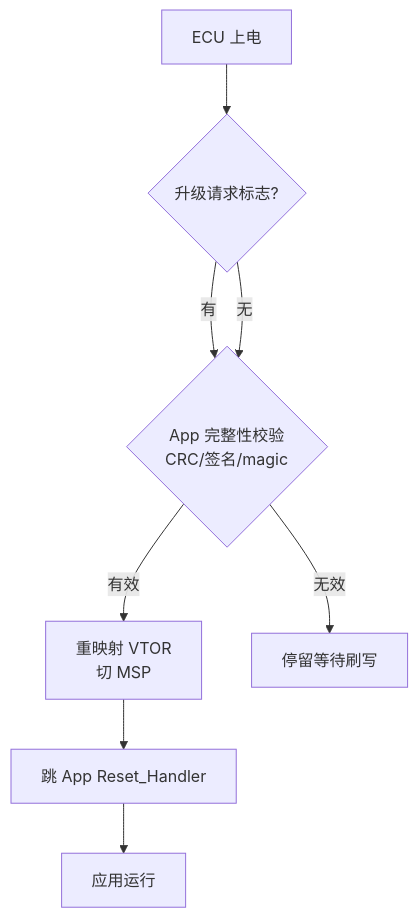
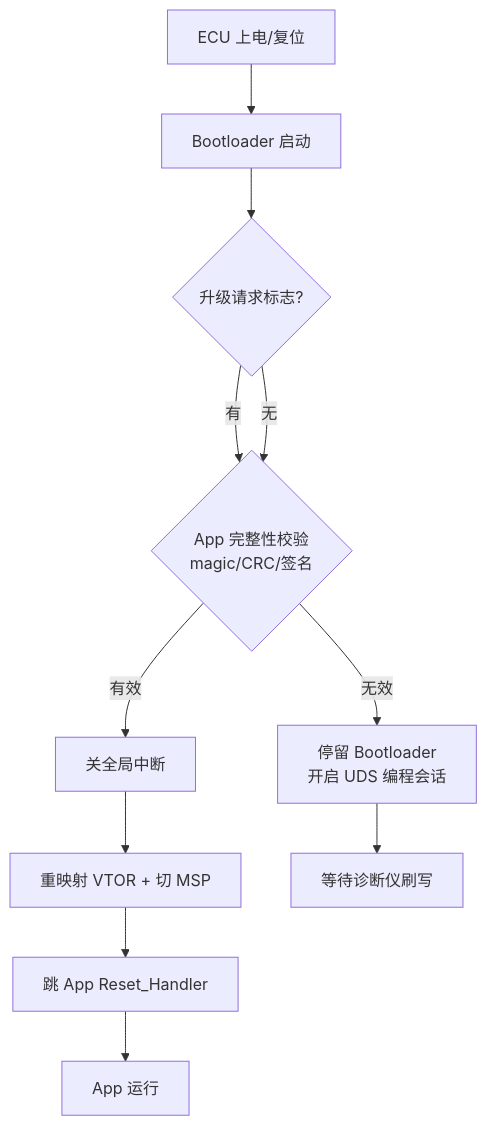
The tenth of 13 diagrams in articles/11-diag-uds-bootloader.md (1208826038/embedded-skill-notes), drawn with Mermaid before and after one commit. The commit also changed other lines of this file, not shown here.

````diff
--- a/articles/11-diag-uds-bootloader.md
+++ b/articles/11-diag-uds-bootloader.md
@@ -63,10 +854,13 @@
 ```mermaid
 flowchart TD
-    A[ECU 上电] --> B{升级请求标志?}
-    B -- 有 --> C{App 完整性校验<br/>CRC/签名/magic}
-    B -- 无 --> C
-    C -- 有效 --> D[重映射 VTOR<br/>切 MSP]
-    D --> E[跳 App Reset_Handler]
-    C -- 无效 --> F[停留等待刷写]
-    E --> G[应用运行]
+    A[ECU 上电/复位] --> B[Bootloader 启动]
+    B --> C{升级请求标志?}
+    C -- 有 --> D{App 完整性校验<br/>magic/CRC/签名}
+    C -- 无 --> D
+    D -- 无效 --> E[停留 Bootloader<br/>开启 UDS 编程会话]
+    D -- 有效 --> F[关全局中断]
+    F --> G[重映射 VTOR + 切 MSP]
+    G --> H[跳 App Reset_Handler]
+    H --> I[App 运行]
+    E --> J[等待诊断仪刷写]
 ```
````
